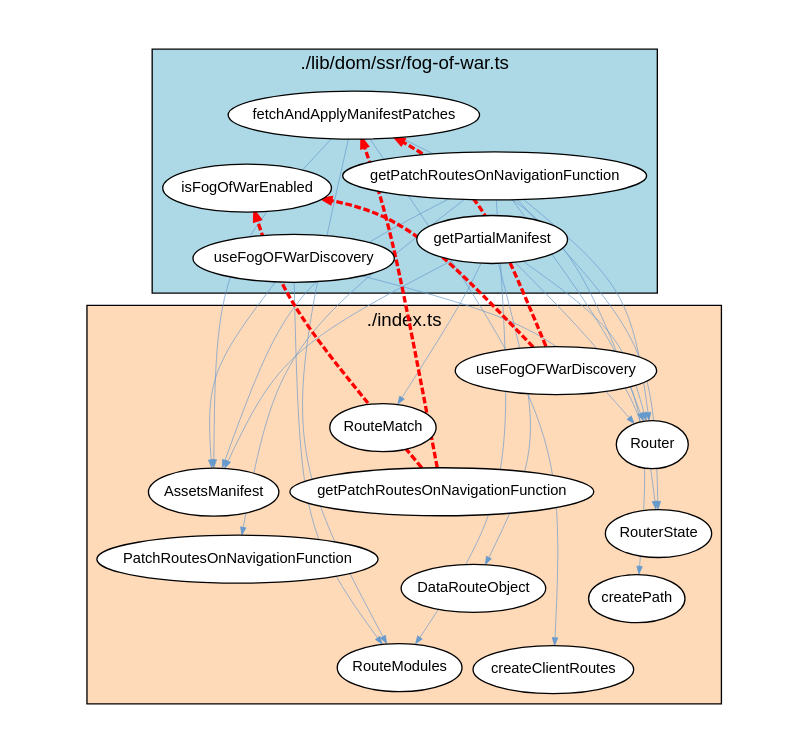
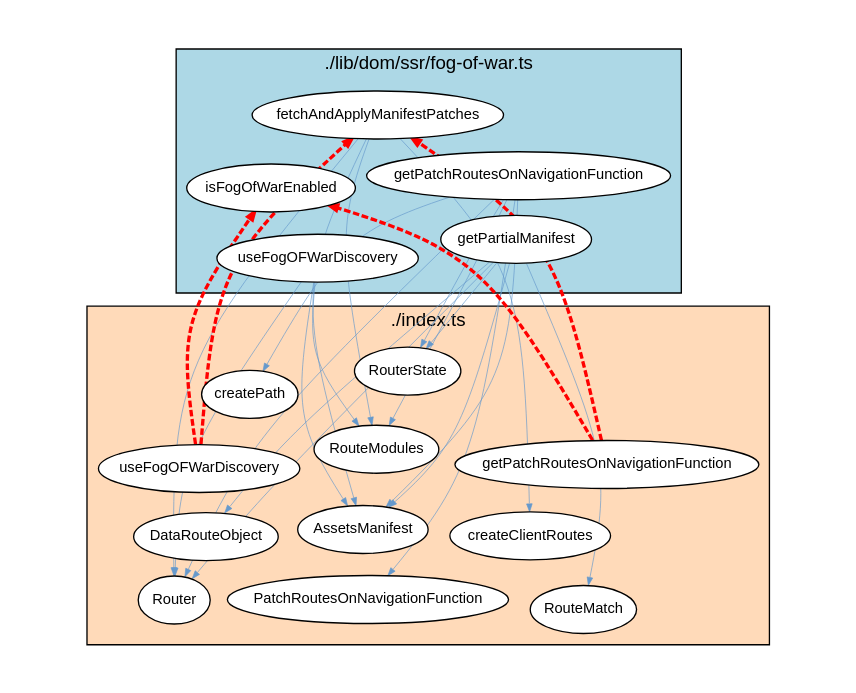
One commit to JohT/code-graph-analysis-examples changed the diagram in analysis-results/react-router/latest/cyclic-dependencies/Typescript_Module/Graph_Visualizations/graphviz/TypescriptModuleCyclicDependencies5.gv. Above: the diagram before and after it, drawn with Graphviz. The commit also changed other lines of this file and 331 other files, not shown here.

```diff
--- a/analysis-results/react-router/latest/cyclic-dependencies/Typescript_Module/Graph_Visualizations/graphviz/TypescriptModuleCyclicDependencies5.gv
+++ b/analysis-results/react-router/latest/cyclic-dependencies/Typescript_Module/Graph_Visualizations/graphviz/TypescriptModuleCyclicDependencies5.gv
@@ -1,58 +1,58 @@
 strict digraph cycle {
     graph [layout = "fdp"; start = "7"; splines = "curved"; pad = "0.8,0.4"; outputorder = "edgesfirst";];
     graph [fontname = "Helvetica,Arial,sans-serif"; labelloc = "t";];
     node [fontname = "Helvetica,Arial,sans-serif"; style = "filled"; fillcolor = "white";];
     node [fontsize = 11; margin = "0.05,0.05";];
     edge [fontsize = 9; arrowsize = "0.6";];
 
     subgraph cluster_package {
         label="./lib/dom/ssr/fog-of-war.ts";
         style="filled";
         fillcolor="lightblue";
         "fetchAndApplyManifestPatches";
         "getPartialManifest";
         "useFogOFWarDiscovery_pkg" [label="useFogOFWarDiscovery"];
         "getPatchRoutesOnNavigationFunction_pkg" [label="getPatchRoutesOnNavigationFunction"];
         "isFogOfWarEnabled";
     }
 
     subgraph cluster_dependent {
         label="./index.ts";
         style="filled";
         fillcolor="peachpuff";
+        "RouterState";
         "AssetsManifest";
-        "RouterState";
         "PatchRoutesOnNavigationFunction";
         "DataRouteObject";
         "useFogOFWarDiscovery_dep" [label="useFogOFWarDiscovery"];
         "getPatchRoutesOnNavigationFunction_dep" [label="getPatchRoutesOnNavigationFunction"];
         "RouteModules";
         "Router";
         "RouteMatch";
         "createClientRoutes";
         "createPath";
     }
 
+    "fetchAndApplyManifestPatches" -> "Router" [color="#6699CC"; penwidth="0.5"];
     "getPatchRoutesOnNavigationFunction_pkg" -> "Router" [color="#6699CC"; penwidth="0.5"];
-    "fetchAndApplyManifestPatches" -> "Router" [color="#6699CC"; penwidth="0.5"];
     "fetchAndApplyManifestPatches" -> "AssetsManifest" [color="#6699CC"; penwidth="0.5"];
     "getPatchRoutesOnNavigationFunction_pkg" -> "AssetsManifest" [color="#6699CC"; penwidth="0.5"];
     "getPatchRoutesOnNavigationFunction_pkg" -> "RouteModules" [color="#6699CC"; penwidth="0.5"];
     "fetchAndApplyManifestPatches" -> "createClientRoutes" [color="#6699CC"; penwidth="0.5"];
     "fetchAndApplyManifestPatches" -> "RouteModules" [color="#6699CC"; penwidth="0.5"];
     "getPartialManifest" -> "Router" [color="#6699CC"; penwidth="0.5"];
+    "getPatchRoutesOnNavigationFunction_pkg" -> "RouterState" [color="#6699CC"; penwidth="0.5"];
+    "getPartialManifest" -> "RouterState" [color="#6699CC"; penwidth="0.5"];
     "getPartialManifest" -> "AssetsManifest" [color="#6699CC"; penwidth="0.5"];
     "useFogOFWarDiscovery_pkg" -> "RouteModules" [color="#6699CC"; penwidth="0.5"];
     "getPatchRoutesOnNavigationFunction_pkg" -> "createPath" [color="#6699CC"; penwidth="0.5"];
-    "getPatchRoutesOnNavigationFunction_pkg" -> "RouterState" [color="#6699CC"; penwidth="0.5"];
-    "getPartialManifest" -> "RouterState" [color="#6699CC"; penwidth="0.5"];
     "getPatchRoutesOnNavigationFunction_pkg" -> "PatchRoutesOnNavigationFunction" [color="#6699CC"; penwidth="0.5"];
     "getPartialManifest" -> "RouteMatch" [color="#6699CC"; penwidth="0.5"];
     "useFogOFWarDiscovery_pkg" -> "AssetsManifest" [color="#6699CC"; penwidth="0.5"];
+    "useFogOFWarDiscovery_pkg" -> "Router" [color="#6699CC"; penwidth="0.5"];
     "getPartialManifest" -> "DataRouteObject" [color="#6699CC"; penwidth="0.5"];
-    "useFogOFWarDiscovery_pkg" -> "Router" [color="#6699CC"; penwidth="0.5"];
     "getPatchRoutesOnNavigationFunction_dep" -> "isFogOfWarEnabled" [color="red"; penwidth="2.5"; style="dashed";];
     "useFogOFWarDiscovery_dep" -> "fetchAndApplyManifestPatches" [color="red"; penwidth="2.5"; style="dashed";];
     "useFogOFWarDiscovery_dep" -> "isFogOfWarEnabled" [color="red"; penwidth="2.5"; style="dashed";];
     "getPatchRoutesOnNavigationFunction_dep" -> "fetchAndApplyManifestPatches" [color="red"; penwidth="2.5"; style="dashed";];
 }
```
